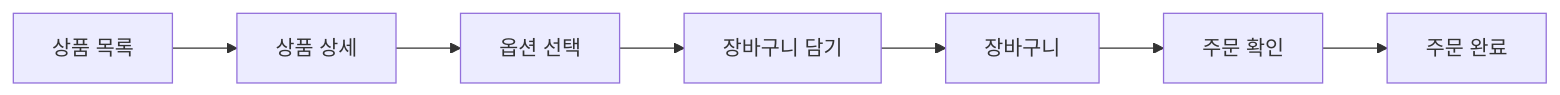
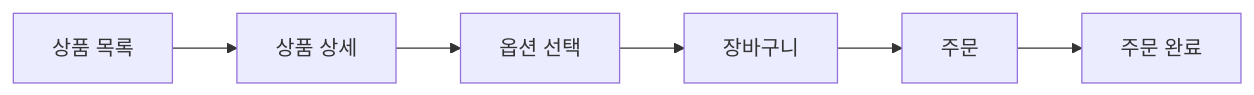
The first of 2 diagrams in README.md (minjuko/kakao-shopping-frontend), drawn with Mermaid before and after one commit. The commit also changed other lines of this file, not shown here.

````diff
--- a/README.md
+++ b/README.md
@@ -24,9 +59,9 @@
 ```mermaid
 flowchart LR
-    Main[상품 목록] --> Detail[상품 상세]
-    Detail --> Option[옵션 선택]
-    Option --> Add[장바구니 담기]
-    Add --> Cart[장바구니]
-    Cart --> Order[주문 확인]
-    Order --> Complete[주문 완료]
+    A[상품 목록]
+    --> B[상품 상세]
+    --> C[옵션 선택]
+    --> D[장바구니]
+    --> E[주문]
+    --> F[주문 완료]
 ```
````
